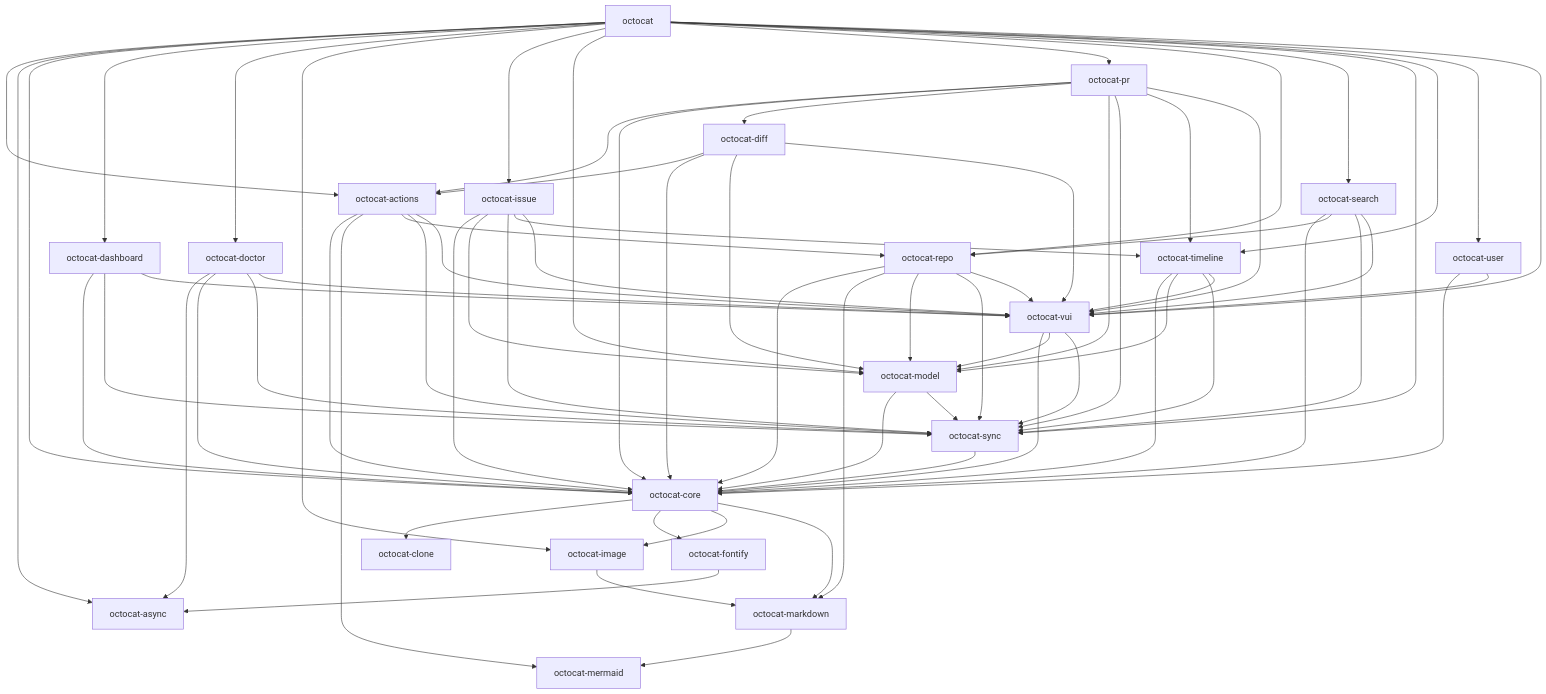
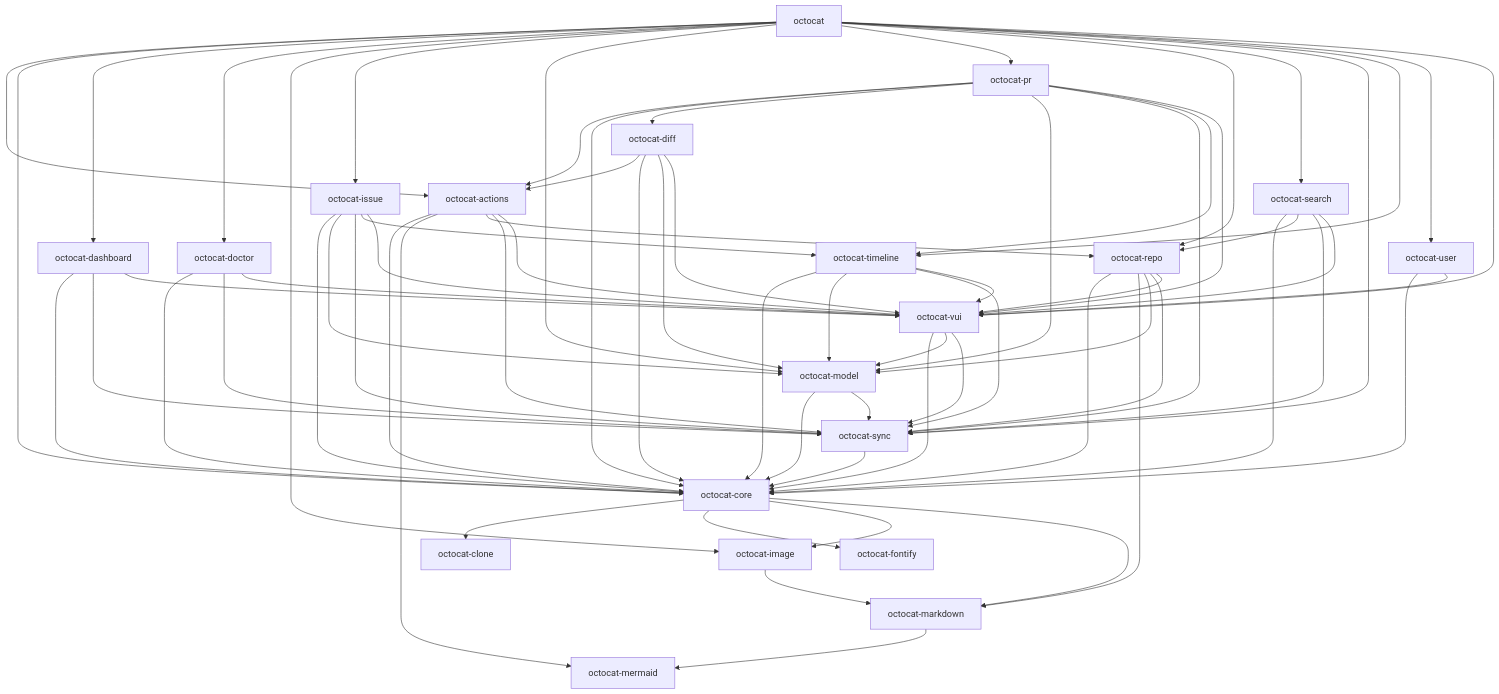
Before and after one commit to razzmatazz/octocat.el: the first of 2 diagrams in docs/architecture.md, drawn with Mermaid. The commit also changed other lines of this file and 13 other files, not shown here.

````diff
--- a/docs/architecture.md
+++ b/docs/architecture.md
@@ -86,7 +82,6 @@
 ```mermaid
 flowchart TD
   octocat_actions[octocat-actions]
-  octocat_async[octocat-async]
   octocat_clone[octocat-clone]
   octocat_core[octocat-core]
   octocat_dashboard[octocat-dashboard]
@@ -122,11 +117,9 @@
   octocat_diff --> octocat_core
   octocat_diff --> octocat_model
   octocat_diff --> octocat_vui
-  octocat_doctor --> octocat_async
   octocat_doctor --> octocat_core
   octocat_doctor --> octocat_sync
   octocat_doctor --> octocat_vui
-  octocat_fontify --> octocat_async
   octocat_image --> octocat_markdown
   octocat_issue --> octocat_core
   octocat_issue --> octocat_model
@@ -163,7 +156,6 @@
   octocat_vui --> octocat_model
   octocat_vui --> octocat_sync
   octocat --> octocat_actions
-  octocat --> octocat_async
   octocat --> octocat_core
   octocat --> octocat_dashboard
   octocat --> octocat_doctor
````
